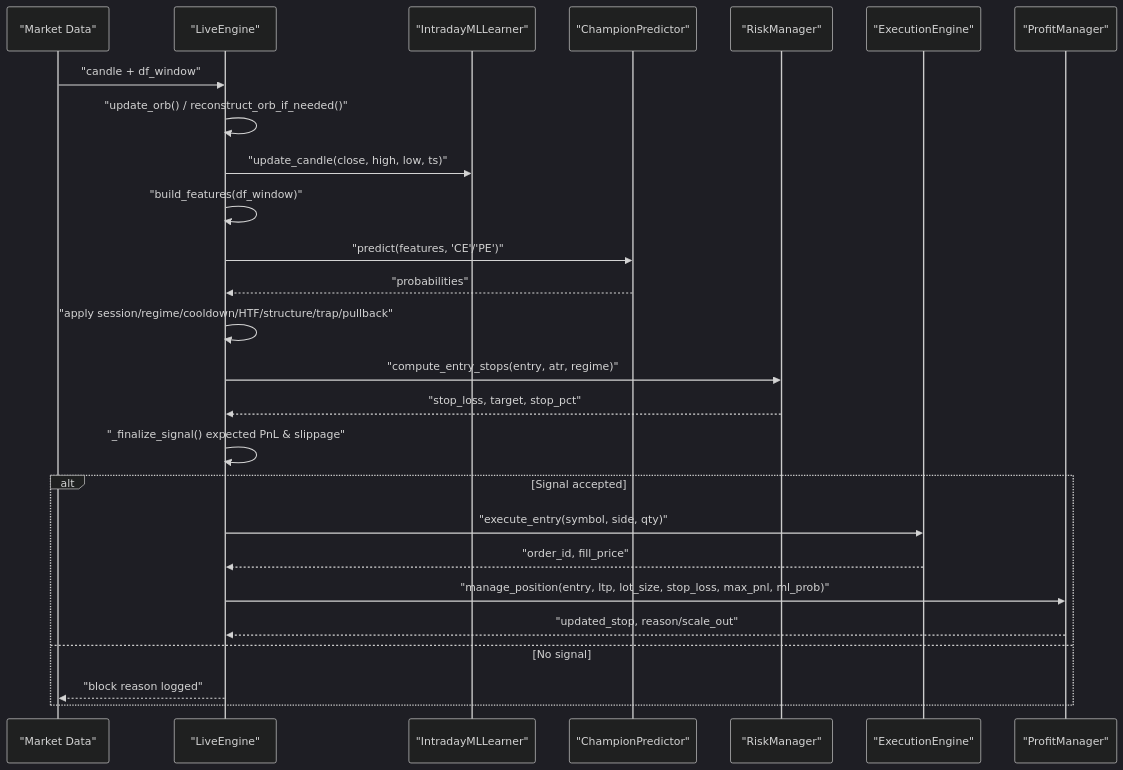
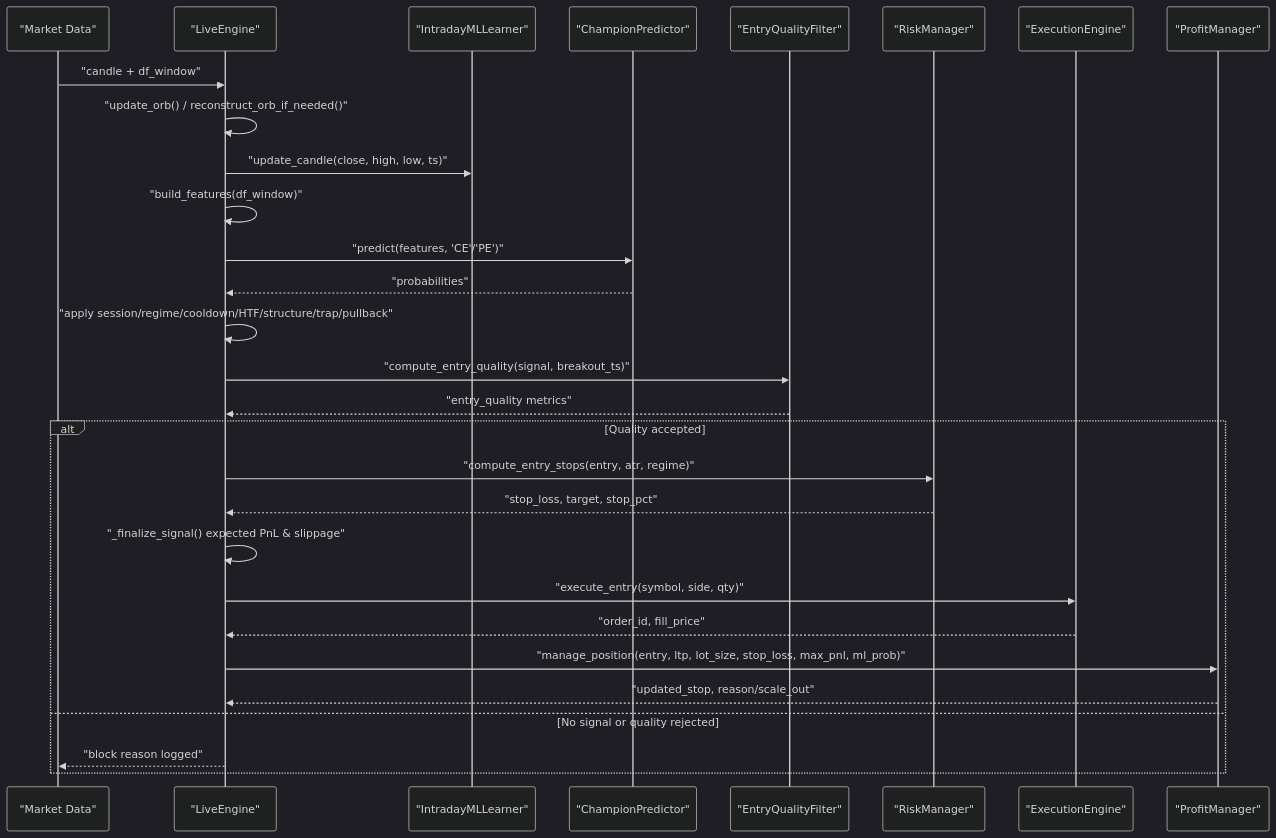
The second of 10 diagrams in .qoder/repowiki/en/content/Core Trading Engine/Live Engine Architecture.md (tauqeersiddiqui-art/tradingsystem), drawn with Mermaid (dark theme) before and after one commit. The commit also changed other lines of this file and 71 other files, not shown here.

Commit message:
Add rejection-first entry quality filters, entry-quality ML target with fail-hard pipeline, post-trade loss classification, and reproducible Phase-8 backtest

````diff
--- a/.qoder/repowiki/en/content/Core Trading Engine/Live Engine Architecture.md
+++ b/.qoder/repowiki/en/content/Core Trading Engine/Live Engine Architecture.md
@@ -104,28 +120,31 @@
 ```mermaid
 sequenceDiagram
 participant M as "Market Data"
 participant LE as "LiveEngine"
 participant LNR as "IntradayMLLearner"
 participant ML as "ChampionPredictor"
+participant EQF as "EntryQualityFilter"
 participant RM as "RiskManager"
 participant EX as "ExecutionEngine"
 participant PM as "ProfitManager"
 M->>LE : "candle + df_window"
 LE->>LE : "update_orb() / reconstruct_orb_if_needed()"
 LE->>LNR : "update_candle(close, high, low, ts)"
 LE->>LE : "build_features(df_window)"
 LE->>ML : "predict(features, 'CE'/'PE')"
 ML-->>LE : "probabilities"
 LE->>LE : "apply session/regime/cooldown/HTF/structure/trap/pullback"
+LE->>EQF : "compute_entry_quality(signal, breakout_ts)"
+EQF-->>LE : "entry_quality metrics"
+alt Quality accepted
 LE->>RM : "compute_entry_stops(entry, atr, regime)"
 RM-->>LE : "stop_loss, target, stop_pct"
 LE->>LE : "_finalize_signal() expected PnL & slippage"
-alt Signal accepted
 LE->>EX : "execute_entry(symbol, side, qty)"
 EX-->>LE : "order_id, fill_price"
 LE->>PM : "manage_position(entry, ltp, lot_size, stop_loss, max_pnl, ml_prob)"
 PM-->>LE : "updated_stop, reason/scale_out"
-else No signal
+else No signal or quality rejected
 LE-->>M : "block reason logged"
 end
 ```
````
